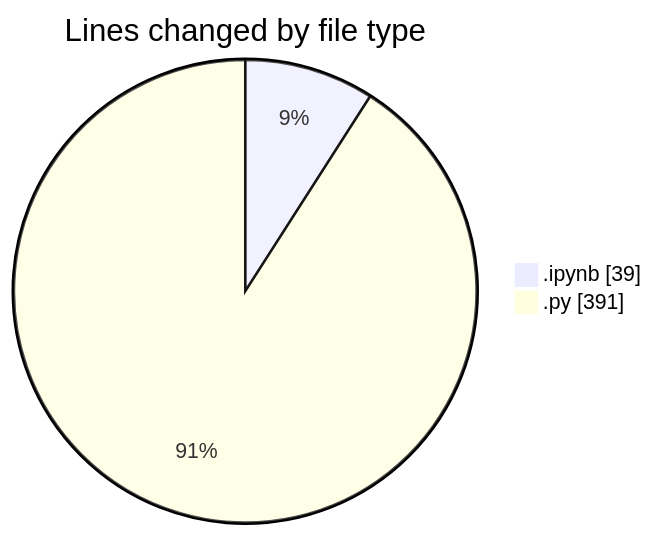
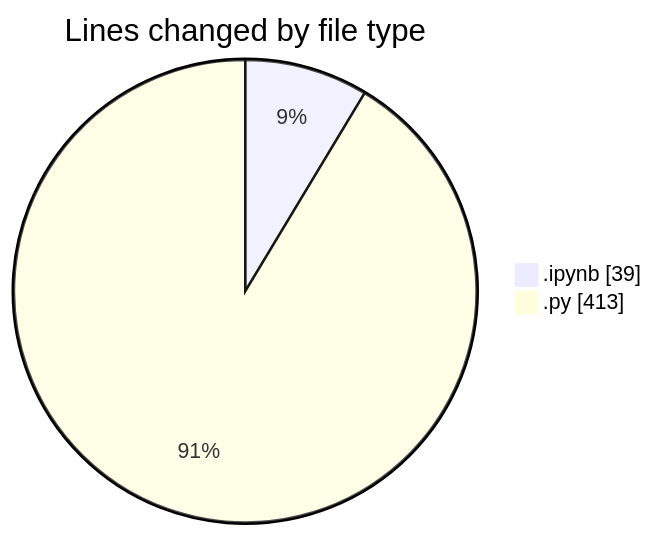
The first of 2 diagrams in 2025-03-15/myws__workspace_/README.md (MatusMokan/code-tracking), drawn with Mermaid before and after one commit. The commit also changed other lines of this file and 1 other file, not shown here.

````diff
--- a/2025-03-15/myws__workspace_/README.md
+++ b/2025-03-15/myws__workspace_/README.md
@@ -21,6 +21,6 @@
 ```mermaid
 pie showData
 title Lines changed by file type
 ".ipynb" : 39
-".py" : 391
+".py" : 413
 ```
````
